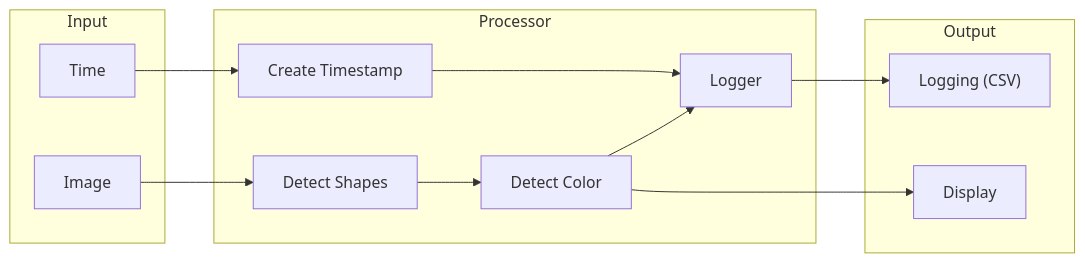
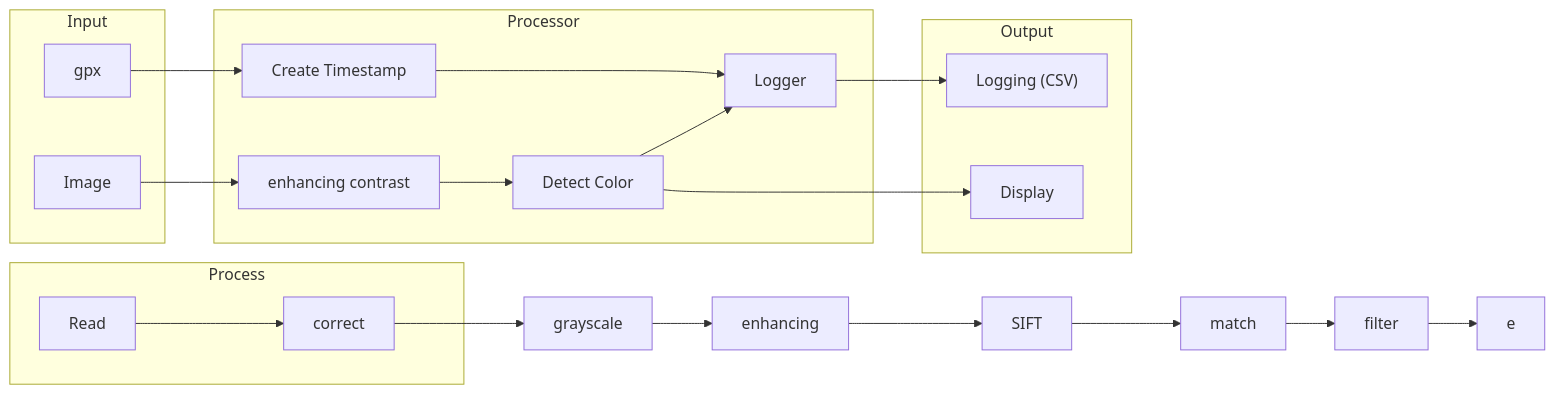
One commit to lightfreak8/BV3-OpticalFlow changed the diagram in README.md. Above: the diagram before and after it, drawn with Mermaid. The commit also changed other lines of this file, not shown here.

````diff
--- a/README.md
+++ b/README.md
@@ -110,31 +121,38 @@
 ```mermaid
 flowchart LR
 
+subgraph Process
+Read
+correct
+end
+
+Read --> correct --> grayscale --> enhancing --> SIFT --> match --> filter --> e
+
 subgraph Input
 inputImage["Image"]
-inputTime["Time"]
+inputTime["gpx"]
 end
 
 subgraph Processor
-procShape["Detect Shapes"]
+procShape["enhancing contrast"]
 procTime["Create Timestamp"]
 procColor["Detect Color"]
 procLog["Logger"]
 end
 
 subgraph Output 
 outLog["Logging (CSV)"]
 outDisplay["Display"]
 end
 
 
 inputTime --> procTime
 inputImage --> procShape
 
 procTime --> procLog
 procColor --> procLog
 procColor --> outDisplay
 procShape --> procColor
 
 procLog --> outLog
 ```
````
